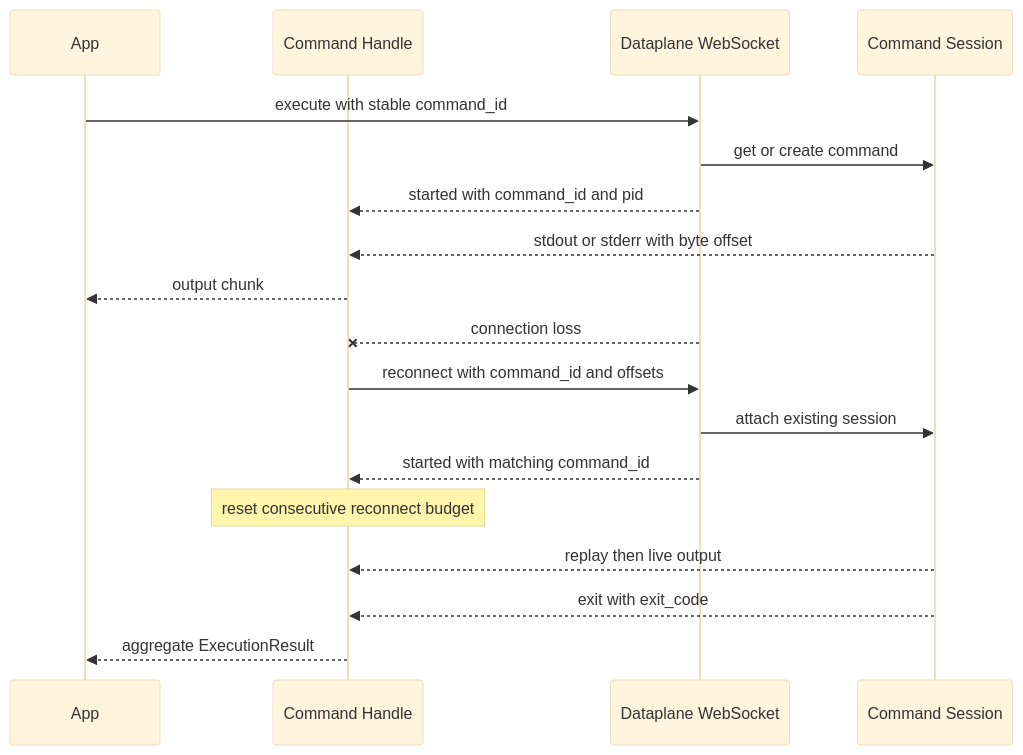
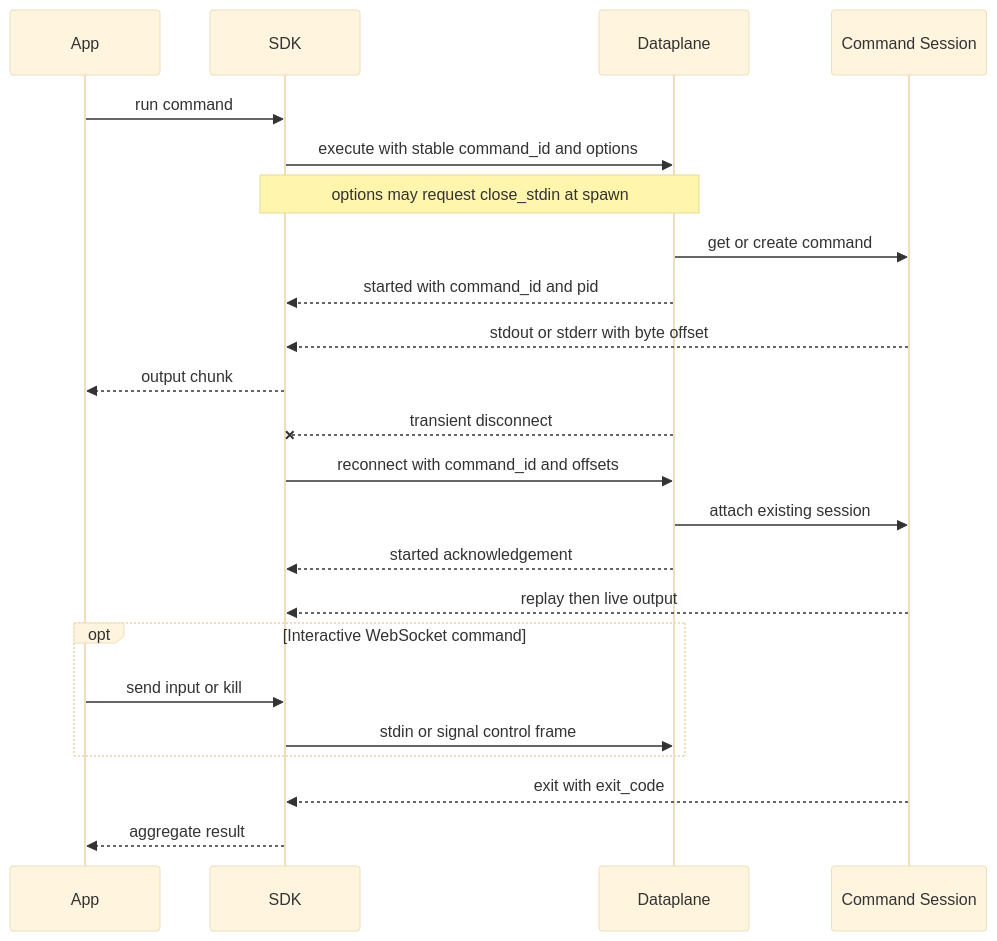
Before and after one commit to langchain-ai/langsmith-sdk: the second of 2 diagrams in openwiki/workflows/sandbox-lifecycle-and-execution.md, drawn with Mermaid (base theme). The commit also changed other lines of this file and 30 other files, not shown here.

````diff
--- a/openwiki/workflows/sandbox-lifecycle-and-execution.md
+++ b/openwiki/workflows/sandbox-lifecycle-and-execution.md
@@ -123,20 +155,25 @@
 ```mermaid
 sequenceDiagram
     participant App
-    participant Handle as Command Handle
-    participant DP as Dataplane WebSocket
+    participant SDK
+    participant DP as Dataplane
     participant Cmd as Command Session
-    App->>DP: execute with stable command_id
+    App->>SDK: run command
+    SDK->>DP: execute with stable command_id and options
+    Note over SDK,DP: options may request close_stdin at spawn
     DP->>Cmd: get or create command
-    DP-->>Handle: started with command_id and pid
-    Cmd-->>Handle: stdout or stderr with byte offset
-    Handle-->>App: output chunk
-    DP--xHandle: connection loss
-    Handle->>DP: reconnect with command_id and offsets
+    DP-->>SDK: started with command_id and pid
+    Cmd-->>SDK: stdout or stderr with byte offset
+    SDK-->>App: output chunk
+    DP--xSDK: transient disconnect
+    SDK->>DP: reconnect with command_id and offsets
     DP->>Cmd: attach existing session
-    DP-->>Handle: started with matching command_id
-    Note over Handle: reset consecutive reconnect budget
-    Cmd-->>Handle: replay then live output
-    Cmd-->>Handle: exit with exit_code
-    Handle-->>App: aggregate ExecutionResult
+    DP-->>SDK: started acknowledgement
+    Cmd-->>SDK: replay then live output
+    opt Interactive WebSocket command
+        App->>SDK: send input or kill
+        SDK->>DP: stdin or signal control frame
+    end
+    Cmd-->>SDK: exit with exit_code
+    SDK-->>App: aggregate result
 ```
````
